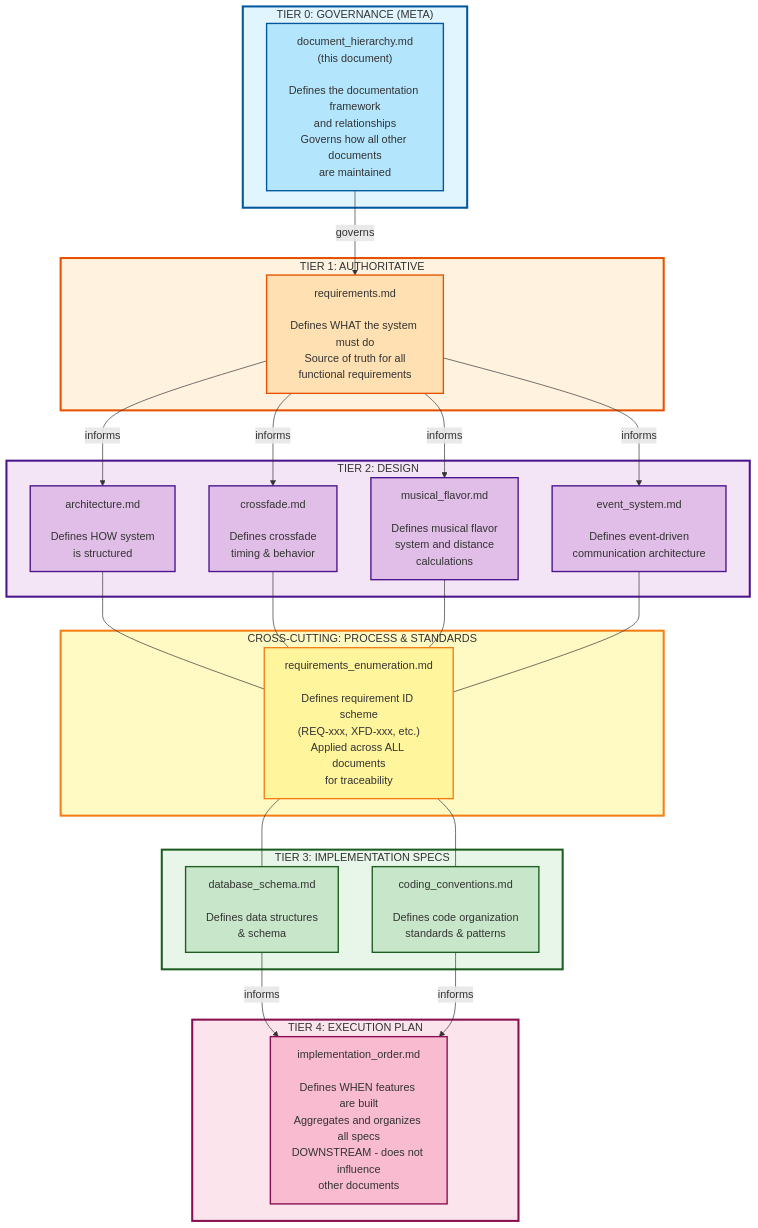
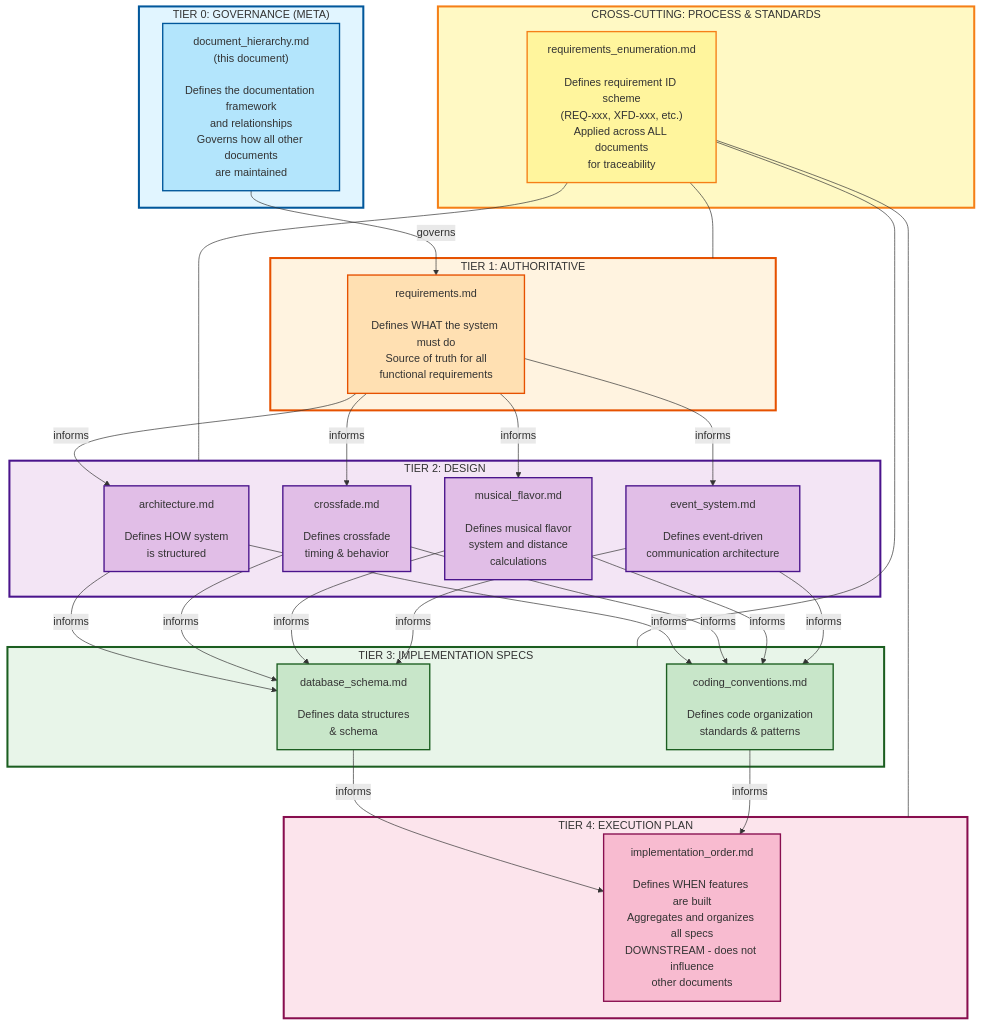
The diagram in document_hierarchy.md (MangoCats/McRhythm), drawn with Mermaid before and after one commit.

Commit message:
refine mermaid diagram

````diff
--- a/document_hierarchy.md
+++ b/document_hierarchy.md
@@ -21,54 +21,55 @@
 ```mermaid
 flowchart TD
     subgraph T0["TIER 0: GOVERNANCE (META)"]
         DH["document_hierarchy.md<br/>(this document)<br/><br/>Defines the documentation framework<br/>and relationships<br/>Governs how all other documents<br/>are maintained"]
     end
 
     subgraph T1["TIER 1: AUTHORITATIVE"]
         REQ["requirements.md<br/><br/>Defines WHAT the system must do<br/>Source of truth for all<br/>functional requirements"]
     end
 
     subgraph T2["TIER 2: DESIGN"]
         ARCH["architecture.md<br/><br/>Defines HOW system<br/>is structured"]
         XFD["crossfade.md<br/><br/>Defines crossfade<br/>timing & behavior"]
         FLV["musical_flavor.md<br/><br/>Defines musical flavor<br/>system and distance<br/>calculations"]
         EVT["event_system.md<br/><br/>Defines event-driven<br/>communication architecture"]
     end
 
-    subgraph CC["CROSS-CUTTING: PROCESS & STANDARDS"]
-        ENUM["requirements_enumeration.md<br/><br/>Defines requirement ID scheme<br/>(REQ-xxx, XFD-xxx, etc.)<br/>Applied across ALL documents<br/>for traceability"]
-    end
-
     subgraph T3["TIER 3: IMPLEMENTATION SPECS"]
         DB["database_schema.md<br/><br/>Defines data structures<br/>& schema"]
         CODE["coding_conventions.md<br/><br/>Defines code organization<br/>standards & patterns"]
+    end
+
+    subgraph CC["CROSS-CUTTING: PROCESS & STANDARDS"]
+        ENUM["requirements_enumeration.md<br/><br/>Defines requirement ID scheme<br/>(REQ-xxx, XFD-xxx, etc.)<br/>Applied across ALL documents<br/>for traceability"]
     end
 
     subgraph T4["TIER 4: EXECUTION PLAN"]
         IMPL["implementation_order.md<br/><br/>Defines WHEN features are built<br/>Aggregates and organizes all specs<br/>DOWNSTREAM - does not influence<br/>other documents"]
     end
 
     DH -->|governs| REQ
     REQ -->|informs| ARCH & XFD & FLV & EVT
-    ARCH & XFD & FLV & EVT --- ENUM
-    ENUM --- DB & CODE
+    ARCH & XFD & FLV & EVT -->|informs| DB & CODE
     DB & CODE -->|informs| IMPL
+
+    ENUM --- T1 & T2 & T3 & T4
 
     style T0 fill:#e1f5ff,stroke:#01579b,stroke-width:3px
     style T1 fill:#fff3e0,stroke:#e65100,stroke-width:3px
     style T2 fill:#f3e5f5,stroke:#4a148c,stroke-width:3px
+    style T3 fill:#e8f5e9,stroke:#1b5e20,stroke-width:3px
     style CC fill:#fff9c4,stroke:#f57f17,stroke-width:3px
-    style T3 fill:#e8f5e9,stroke:#1b5e20,stroke-width:3px
     style T4 fill:#fce4ec,stroke:#880e4f,stroke-width:3px
 
     style DH fill:#b3e5fc,stroke:#01579b,stroke-width:2px
     style REQ fill:#ffe0b2,stroke:#e65100,stroke-width:2px
     style ARCH fill:#e1bee7,stroke:#4a148c,stroke-width:2px
     style XFD fill:#e1bee7,stroke:#4a148c,stroke-width:2px
     style FLV fill:#e1bee7,stroke:#4a148c,stroke-width:2px
     style EVT fill:#e1bee7,stroke:#4a148c,stroke-width:2px
     style ENUM fill:#fff59d,stroke:#f57f17,stroke-width:2px
     style DB fill:#c8e6c9,stroke:#1b5e20,stroke-width:2px
     style CODE fill:#c8e6c9,stroke:#1b5e20,stroke-width:2px
     style IMPL fill:#f8bbd0,stroke:#880e4f,stroke-width:2px
 ```
````
